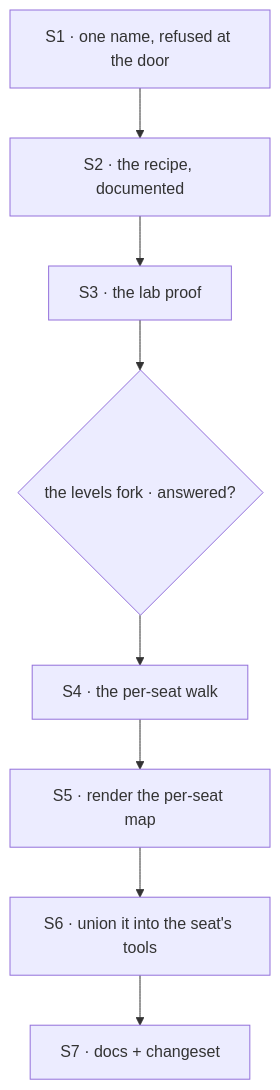
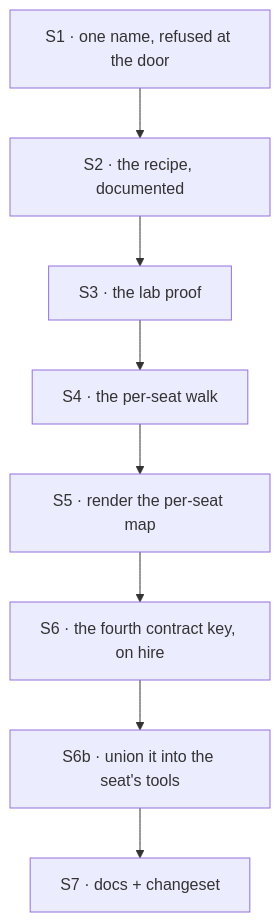
Before and after one commit to fixpoint-labs/flow-state-dev: the diagram in spec/FIX-1416/PLAN.md, drawn with Mermaid. The commit also changed other lines of this file and 4 other files, not shown here.

````diff
--- a/spec/FIX-1416/PLAN.md
+++ b/spec/FIX-1416/PLAN.md
@@ -29,10 +29,10 @@
 ```mermaid
 flowchart TD
   S1["S1 · one name, refused at the door"] --> S2["S2 · the recipe, documented"]
   S2 --> S3["S3 · the lab proof"]
-  S3 --> G{"the levels fork · answered?"}
-  G --> S4["S4 · the per-seat walk"]
+  S3 --> S4["S4 · the per-seat walk"]
   S4 --> S5["S5 · render the per-seat map"]
-  S5 --> S6["S6 · union it into the seat's tools"]
-  S6 --> S7["S7 · docs + changeset"]
+  S5 --> S6["S6 · the fourth contract key, on hire"]
+  S6 --> S6b["S6b · union it into the seat's tools"]
+  S6b --> S7["S7 · docs + changeset"]
 ```
````
